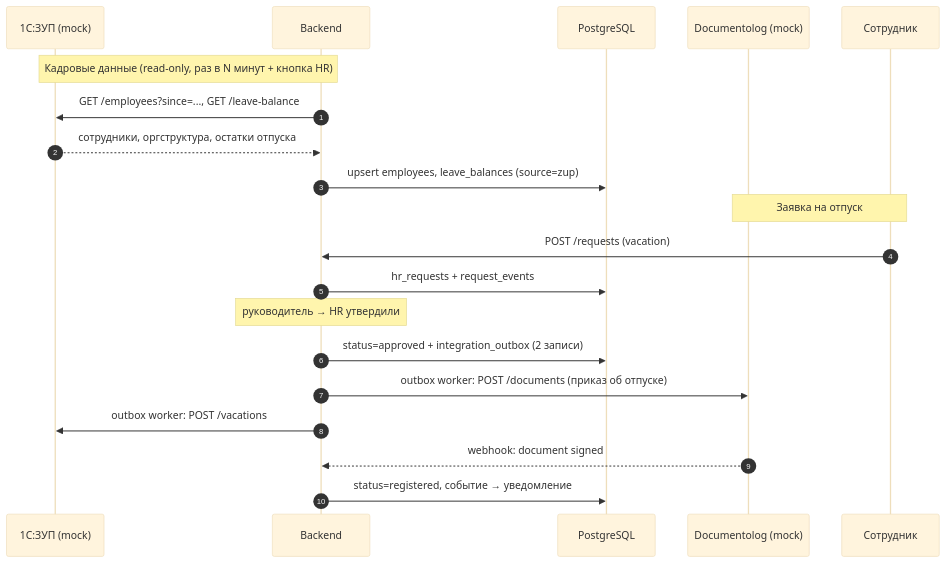
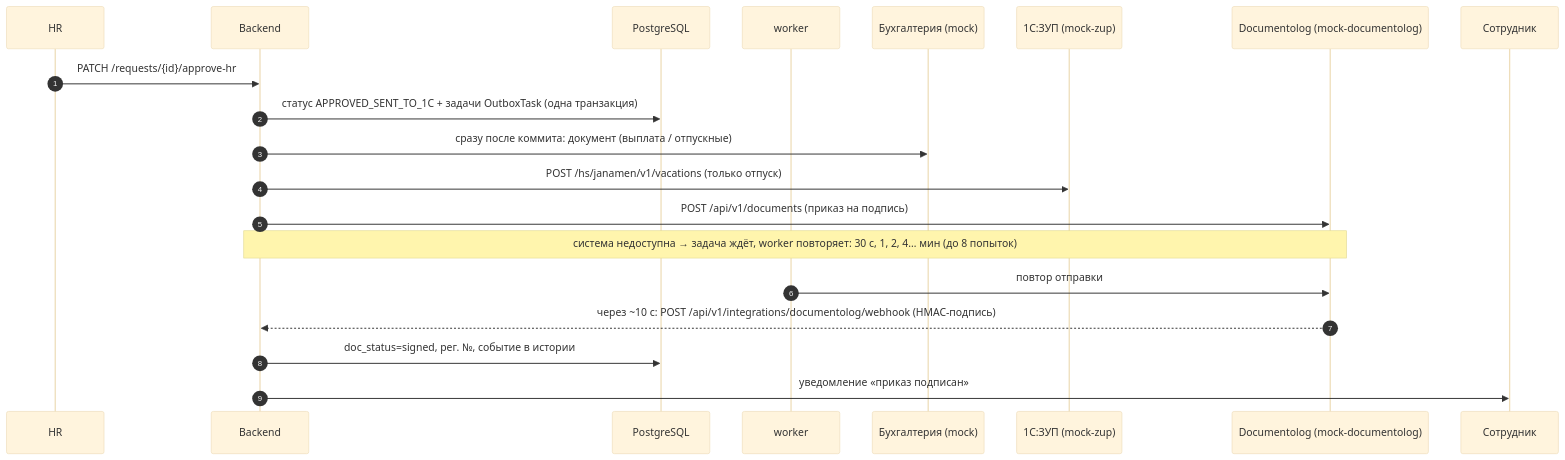
Before and after one commit to HappyGamerKZ/zina-hr: the fifth of 7 diagrams in ARCHITECTURE.md, drawn with Mermaid (base theme). The commit also changed other lines of this file and 37 other files, not shown here.

First line of the commit message:
feat(integrations): 1C:ZUP and Documentolog via ports, outbox and mocks

````diff
--- a/ARCHITECTURE.md
+++ b/ARCHITECTURE.md
@@ -337,24 +339,23 @@
 ```mermaid
 sequenceDiagram
     autonumber
-    participant ZUP as 1С:ЗУП (mock)
+    participant HR as HR
     participant BE as Backend
     participant DB as PostgreSQL
-    participant DOC as Documentolog (mock)
+    participant W as worker
+    participant BUH as Бухгалтерия (mock)
+    participant ZUP as 1С:ЗУП (mock-zup)
+    participant DOC as Documentolog (mock-documentolog)
     participant E as Сотрудник
 
-    Note over ZUP,BE: Кадровые данные (read-only, раз в N минут + кнопка HR)
-    BE->>ZUP: GET /employees?since=..., GET /leave-balance
-    ZUP-->>BE: сотрудники, оргструктура, остатки отпуска
-    BE->>DB: upsert employees, leave_balances (source=zup)
-
-    Note over E,DOC: Заявка на отпуск
-    E->>BE: POST /requests (vacation)
-    BE->>DB: hr_requests + request_events
-    Note over BE: руководитель → HR утвердили
-    BE->>DB: status=approved + integration_outbox (2 записи)
-    BE->>DOC: outbox worker: POST /documents (приказ об отпуске)
-    BE->>ZUP: outbox worker: POST /vacations
-    DOC-->>BE: webhook: document signed
-    BE->>DB: status=registered, событие → уведомление
+    HR->>BE: PATCH /requests/{id}/approve-hr
+    BE->>DB: статус APPROVED_SENT_TO_1C + задачи OutboxTask (одна транзакция)
+    BE->>BUH: сразу после коммита: документ (выплата / отпускные)
+    BE->>ZUP: POST /hs/janamen/v1/vacations (только отпуск)
+    BE->>DOC: POST /api/v1/documents (приказ на подпись)
+    Note over BE,DOC: система недоступна → задача ждёт, worker повторяет: 30 с, 1, 2, 4… мин (до 8 попыток)
+    W->>DOC: повтор отправки
+    DOC-->>BE: через ~10 с: POST /api/v1/integrations/documentolog/webhook (HMAC-подпись)
+    BE->>DB: doc_status=signed, рег. №, событие в истории
+    BE->>E: уведомление «приказ подписан»
 ```
````
